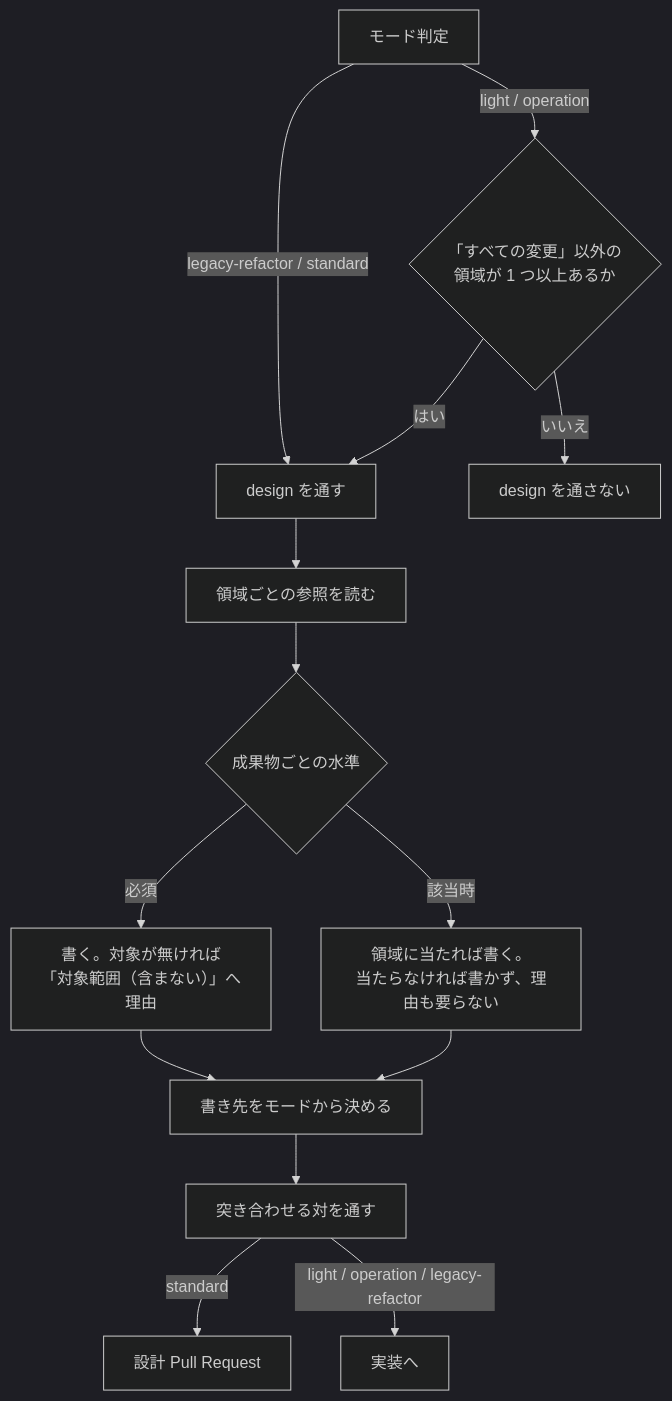
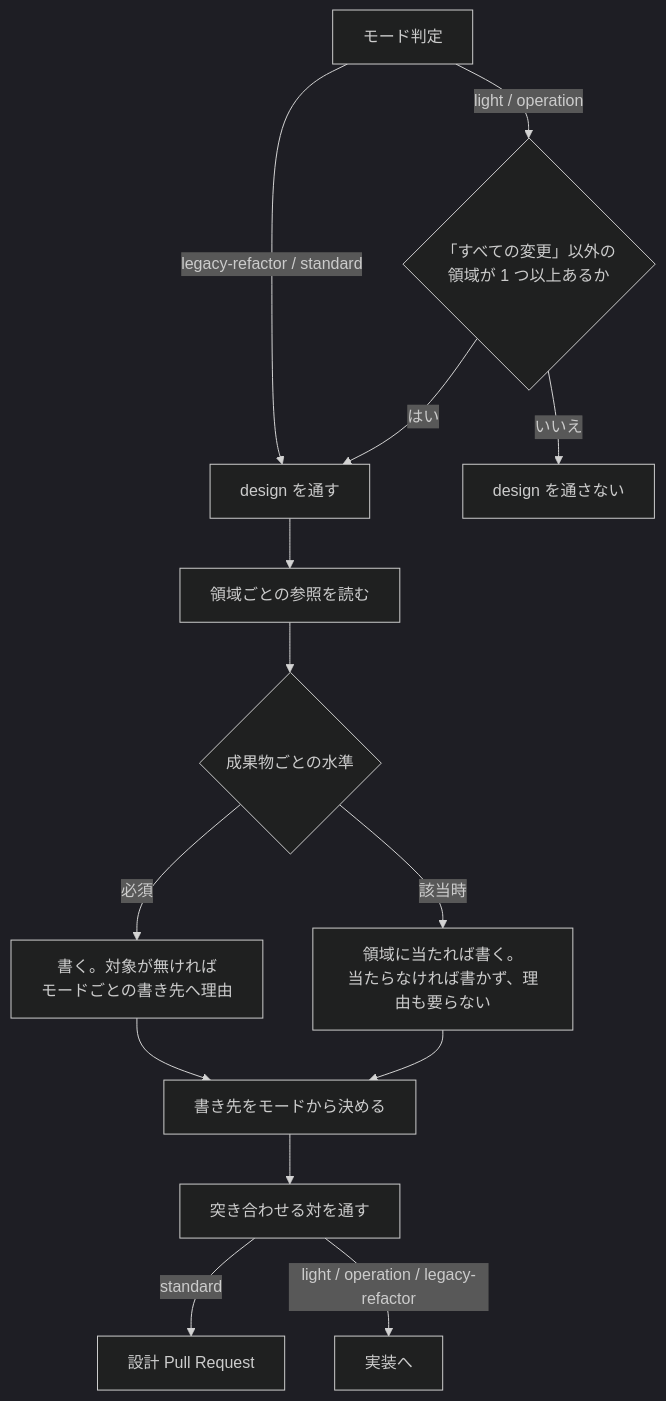
One commit to devbasex/ai-plugins changed the second of 2 diagrams in issues/issue-375-376-463-design.md. Above: the diagram before and after it, drawn with Mermaid (dark theme). The commit also changed other lines of this file and 1 other file, not shown here.

````diff
--- a/issues/issue-375-376-463-design.md
+++ b/issues/issue-375-376-463-design.md
@@ -129,16 +129,16 @@
 ```mermaid
 flowchart TD
     M[モード判定] -->|"light / operation"| R{"「すべての変更」以外の<br/>領域が 1 つ以上あるか"}
     M -->|"legacy-refactor / standard"| D[design を通す]
     R -->|いいえ| Skip[design を通さない]
     R -->|はい| D
     D --> L[領域ごとの参照を読む]
     L --> Y{成果物ごとの水準}
-    Y -->|必須| W1[書く。対象が無ければ<br/>「対象範囲（含まない）」へ理由]
+    Y -->|必須| W1[書く。対象が無ければ<br/>モードごとの書き先へ理由]
     Y -->|該当時| W2[領域に当たれば書く。<br/>当たらなければ書かず、理由も要らない]
     W1 --> P[書き先をモードから決める]
     W2 --> P
     P --> C[突き合わせる対を通す]
     C -->|standard| PR[設計 Pull Request]
     C -->|light / operation / legacy-refactor| Impl[実装へ]
 ```
````
